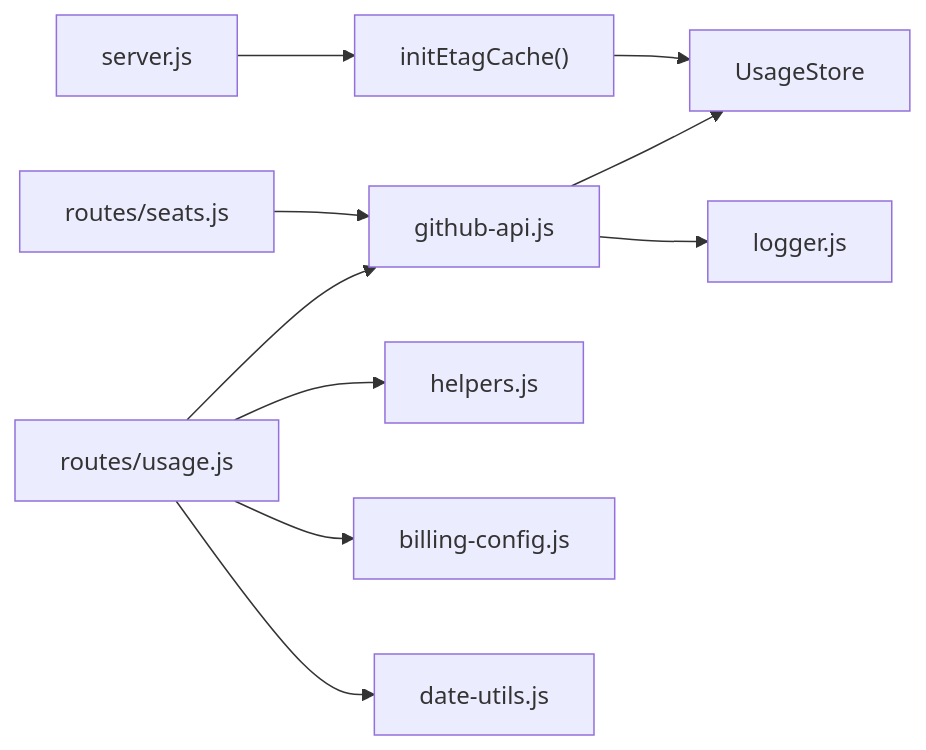
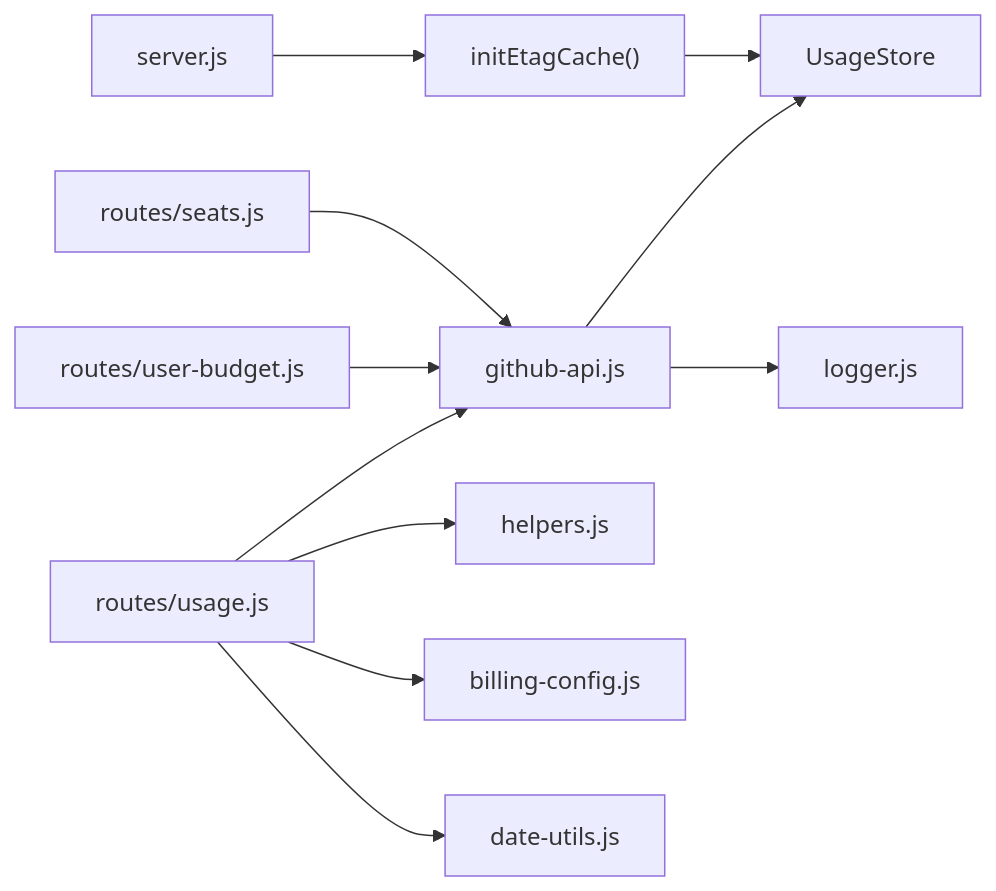
The tenth of 10 diagrams in .qoder/repowiki/zh/content/核心模块/GitHub API 集成模块.md (kissingwolf/CopilotEnterpriseUsageDisplay), drawn with Mermaid before and after one commit. The commit also changed other lines of this file and 4 other files, not shown here.

First line of the commit message:
docs(wiki): update repowiki content with user budget system and admin auth modules

````diff
--- a/.qoder/repowiki/zh/content/核心模块/GitHub API 集成模块.md
+++ b/.qoder/repowiki/zh/content/核心模块/GitHub API 集成模块.md
@@ -327,12 +357,13 @@
 ```mermaid
 graph LR
 Server["server.js"] --> Init["initEtagCache()"]
 Init --> Store["UsageStore"]
 Usage["routes/usage.js"] --> GH["github-api.js"]
 Seats["routes/seats.js"] --> GH
+UserBudget["routes/user-budget.js"] --> GH
 GH --> Store
 GH --> Logger["logger.js"]
 Usage --> Helpers["helpers.js"]
 Usage --> Config["billing-config.js"]
 Usage --> Dates["date-utils.js"]
 ```
````
